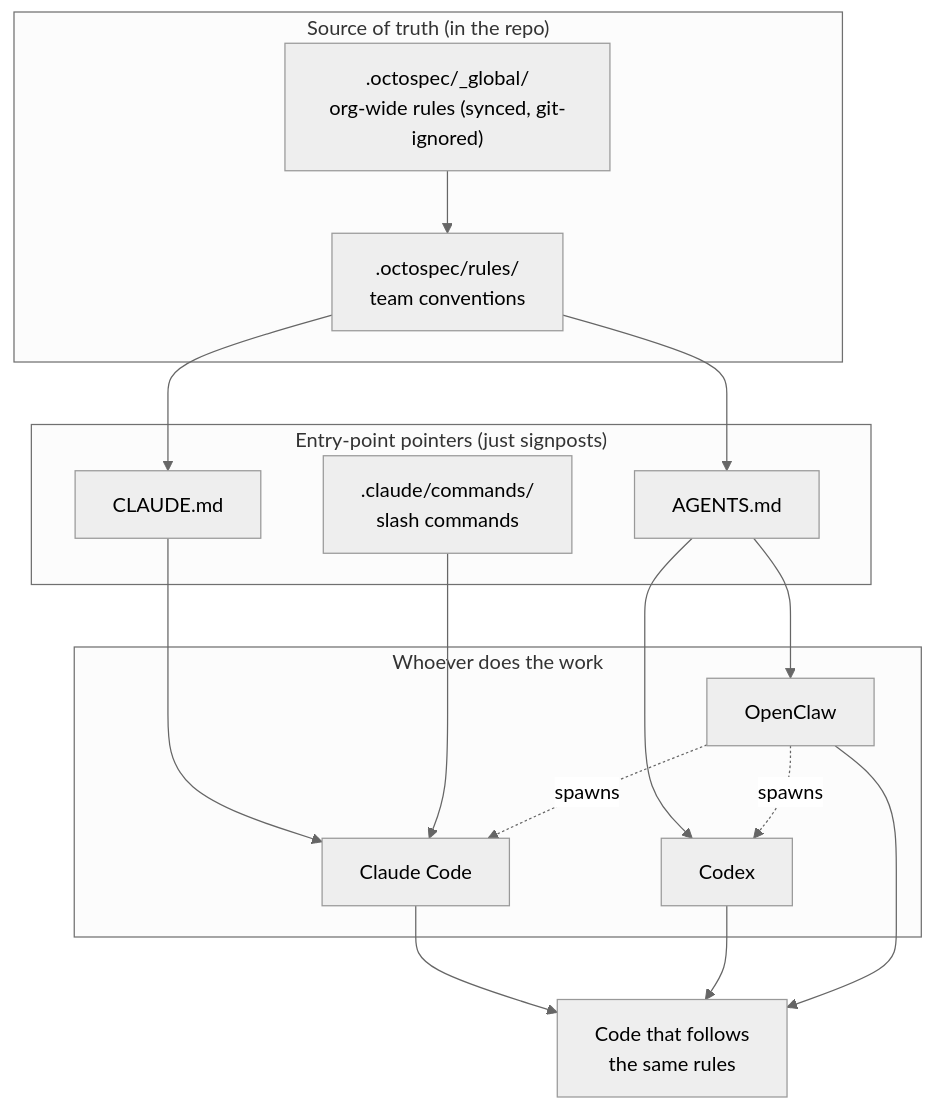
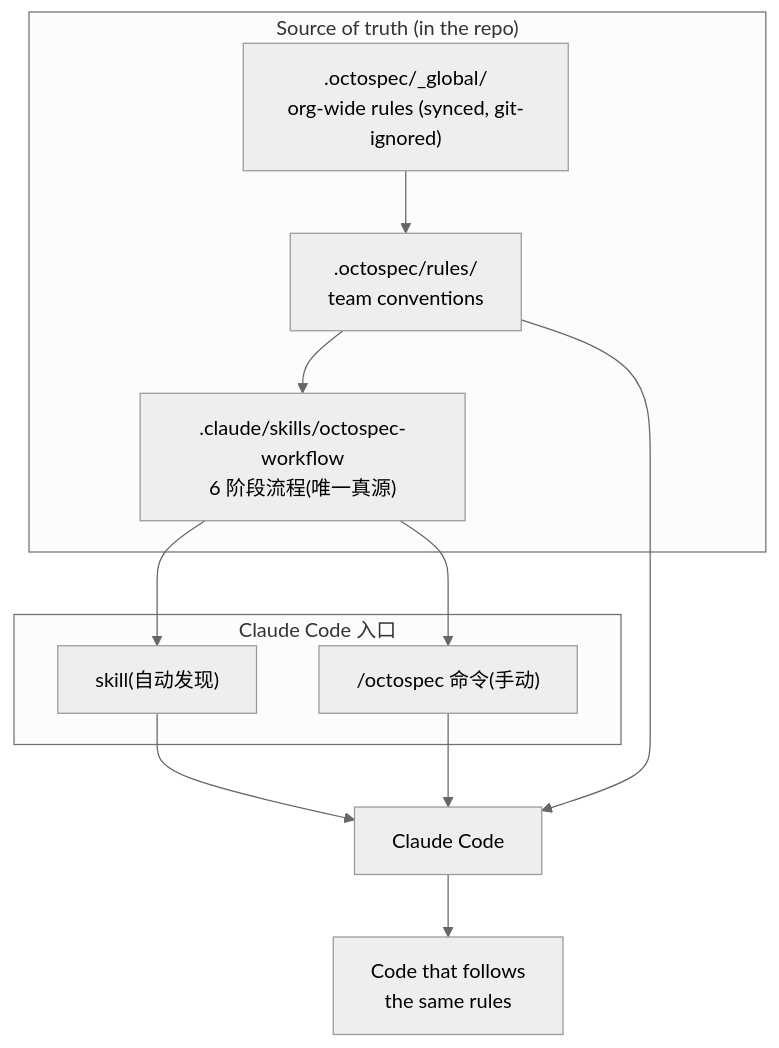
One commit to Mininglamp-OSS/octo-spec changed the first of 2 diagrams in README.zh-CN.md. Above: the diagram before and after it, drawn with Mermaid (neutral theme). The commit also changed other lines of this file and 17 other files, not shown here.

````diff
--- a/README.zh-CN.md
+++ b/README.zh-CN.md
@@ -17,30 +17,25 @@
 ```mermaid
 flowchart TD
     subgraph SOT["Source of truth (in the repo)"]
         R[".octospec/rules/<br/>team conventions"]
         G[".octospec/_global/<br/>org-wide rules (synced, git-ignored)"]
+        SK[".claude/skills/octospec-workflow<br/>6 阶段流程(唯一真源)"]
     end
 
-    subgraph Pointers["Entry-point pointers (just signposts)"]
-        C["CLAUDE.md"]
-        A["AGENTS.md"]
-        CMD[".claude/commands/<br/>slash commands"]
+    subgraph Entry["Claude Code 入口"]
+        SKILL["skill(自动发现)"]
+        CMD["/octospec 命令(手动)"]
     end
 
-    subgraph Agents["Whoever does the work"]
-        CC["Claude Code"]
-        CX["Codex"]
-        OC["OpenClaw"]
-    end
+    CC["Claude Code"]
 
-    R --> C & A
+    R --> SK
     G --> R
-    C --> CC
+    SK --> SKILL
+    SK --> CMD
+    SKILL --> CC
     CMD --> CC
-    A --> CX
-    A --> OC
-    OC -.spawns.-> CC
-    OC -.spawns.-> CX
+    R --> CC
 
-    CC & CX & OC --> OUT["Code that follows<br/>the same rules"]
+    CC --> OUT["Code that follows<br/>the same rules"]
 ```
````
